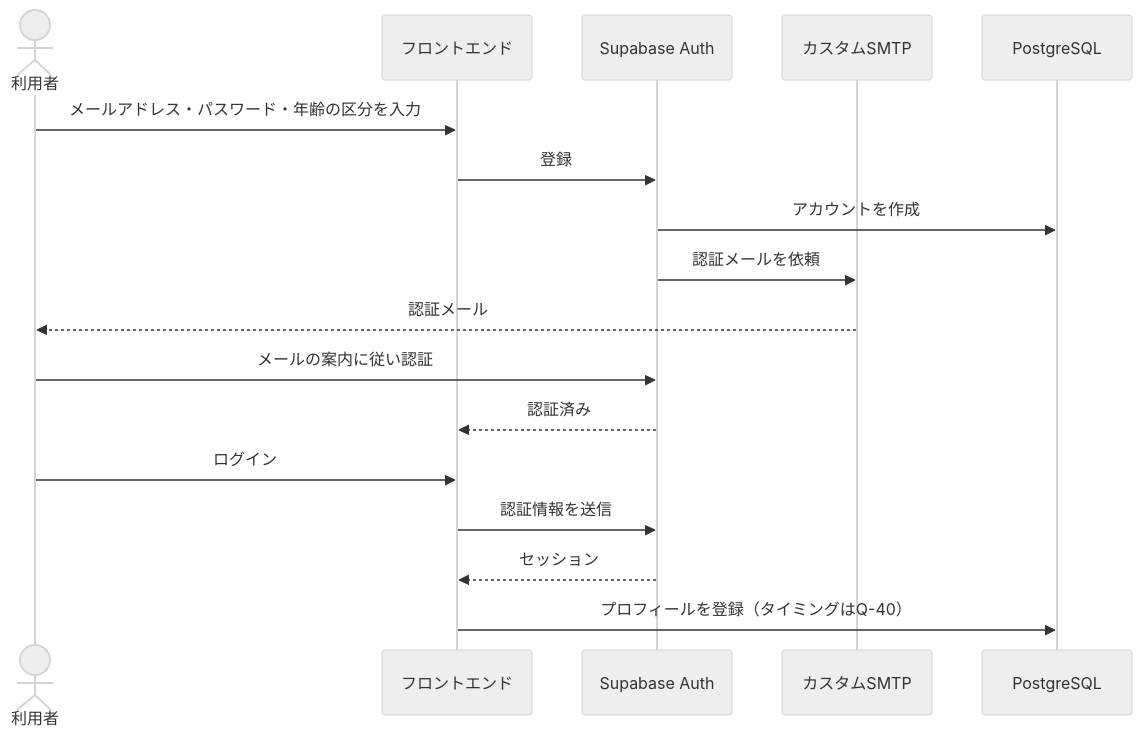
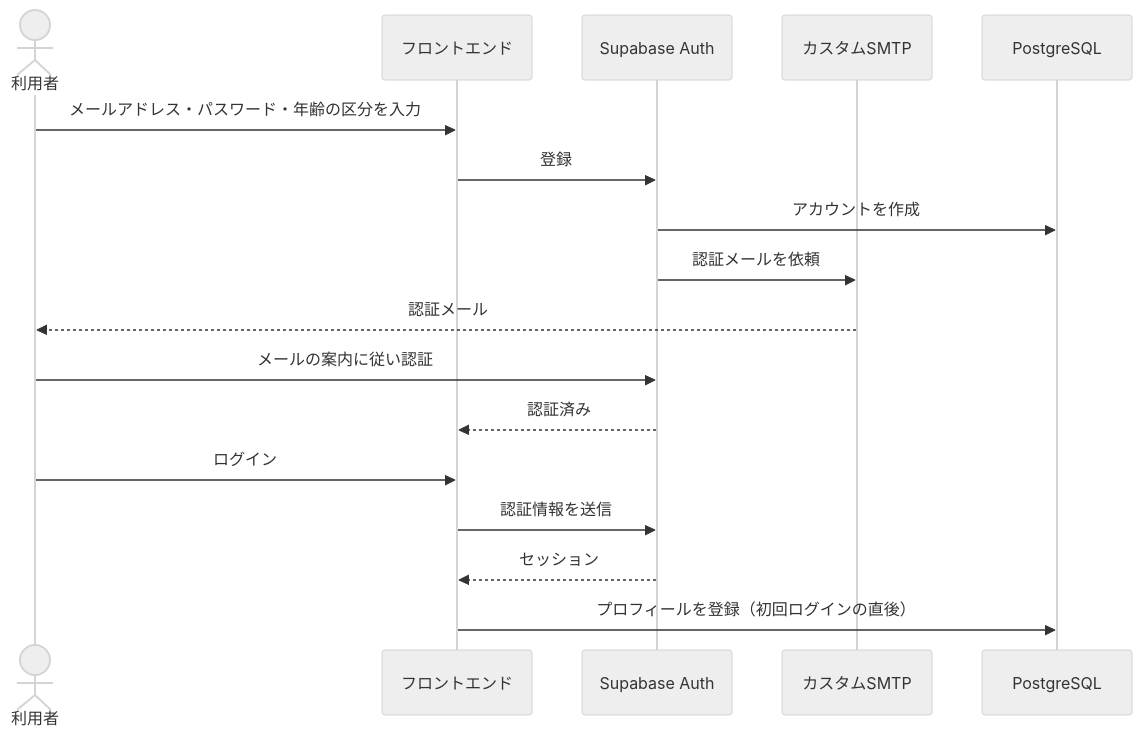
Before and after one commit to sysnovastudio-byte/nagoya-volleyball-matching: the second of 8 diagrams in docs/07_システムアーキテクチャ.md, drawn with Mermaid (neutral theme). The commit also changed other lines of this file and 10 other files, not shown here.

````diff
--- a/docs/07_システムアーキテクチャ.md
+++ b/docs/07_システムアーキテクチャ.md
@@ -52,19 +55,19 @@
 ```mermaid
 sequenceDiagram
     actor U as 利用者
     participant F as フロントエンド
     participant A as Supabase Auth
     participant M as カスタムSMTP
     participant D as PostgreSQL
     U->>F: メールアドレス・パスワード・年齢の区分を入力
     F->>A: 登録
     A->>D: アカウントを作成
     A->>M: 認証メールを依頼
     M-->>U: 認証メール
     U->>A: メールの案内に従い認証
     A-->>F: 認証済み
     U->>F: ログイン
     F->>A: 認証情報を送信
     A-->>F: セッション
-    F->>D: プロフィールを登録（タイミングはQ-40）
+    F->>D: プロフィールを登録（初回ログインの直後）
 ```
````
